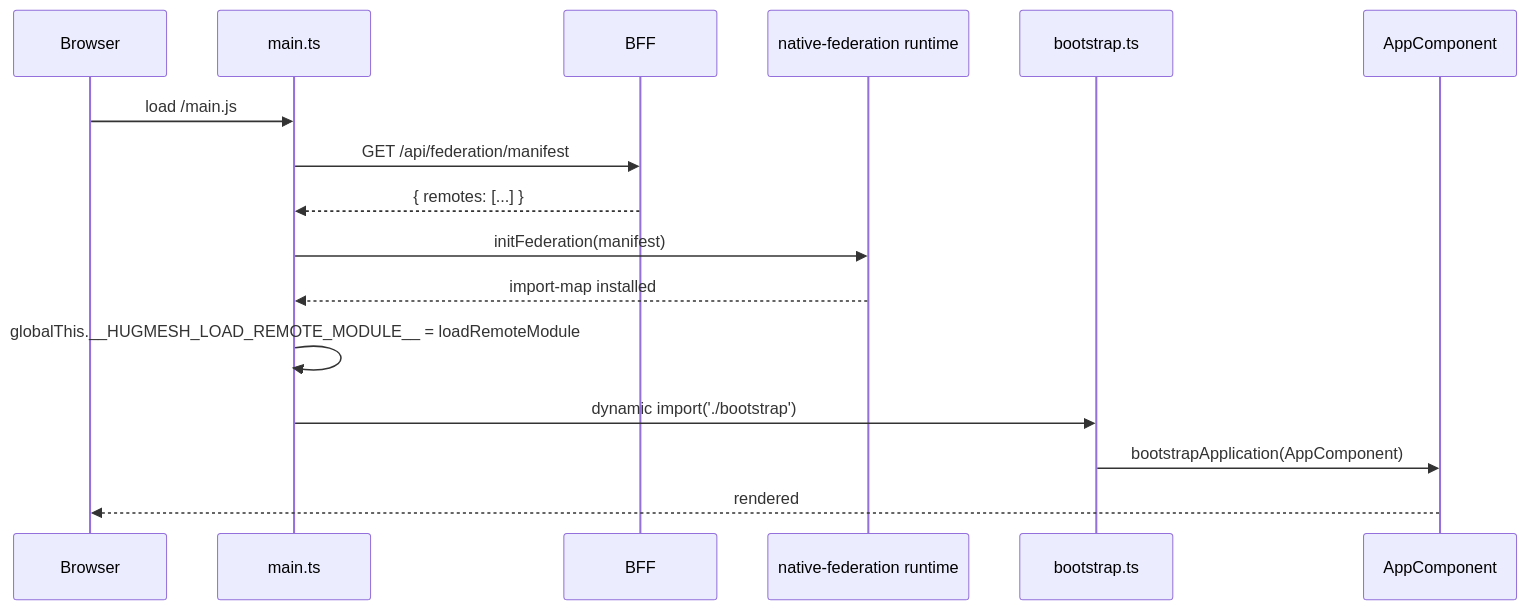
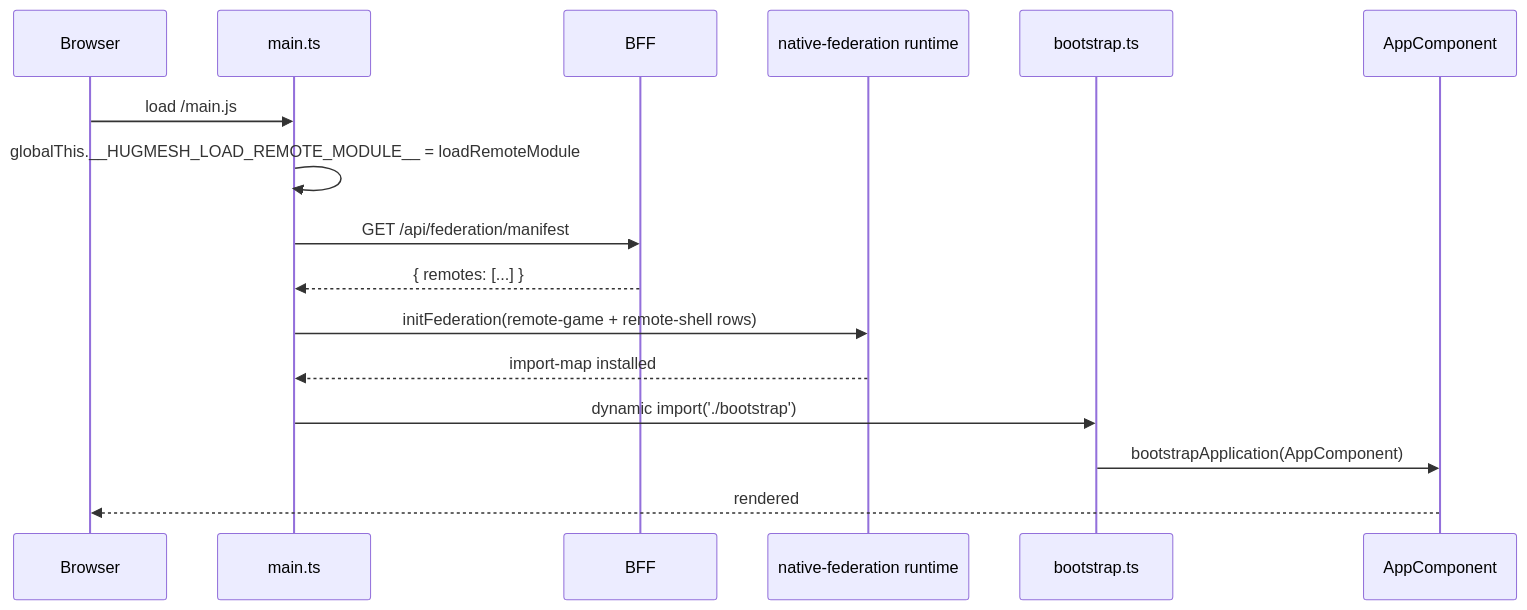
One commit to hugmesh/hugmesh-games changed the diagram in docs/wiki/architecture/03-federation.md. Above: the diagram before and after it, drawn with Mermaid. The commit also changed other lines of this file, not shown here.

Commit message:
docs(architecture): 03 federation: fix routes, exposed modules, load order and per-game inputs

````diff
--- a/docs/wiki/architecture/03-federation.md
+++ b/docs/wiki/architecture/03-federation.md
@@ -16,18 +16,18 @@
 ```mermaid
 sequenceDiagram
     participant Browser
     participant main.ts
     participant BFF
     participant Federation as native-federation runtime
     participant bootstrap.ts
     participant App as AppComponent
     Browser->>main.ts: load /main.js
+    main.ts->>main.ts: globalThis.__HUGMESH_LOAD_REMOTE_MODULE__ = loadRemoteModule
     main.ts->>BFF: GET /api/federation/manifest
     BFF-->>main.ts: { remotes: [...] }
-    main.ts->>Federation: initFederation(manifest)
+    main.ts->>Federation: initFederation(remote-game + remote-shell rows)
     Federation-->>main.ts: import-map installed
-    main.ts->>main.ts: globalThis.__HUGMESH_LOAD_REMOTE_MODULE__ = loadRemoteModule
     main.ts->>bootstrap.ts: dynamic import('./bootstrap')
     bootstrap.ts->>App: bootstrapApplication(AppComponent)
     App-->>Browser: rendered
 ```
````
